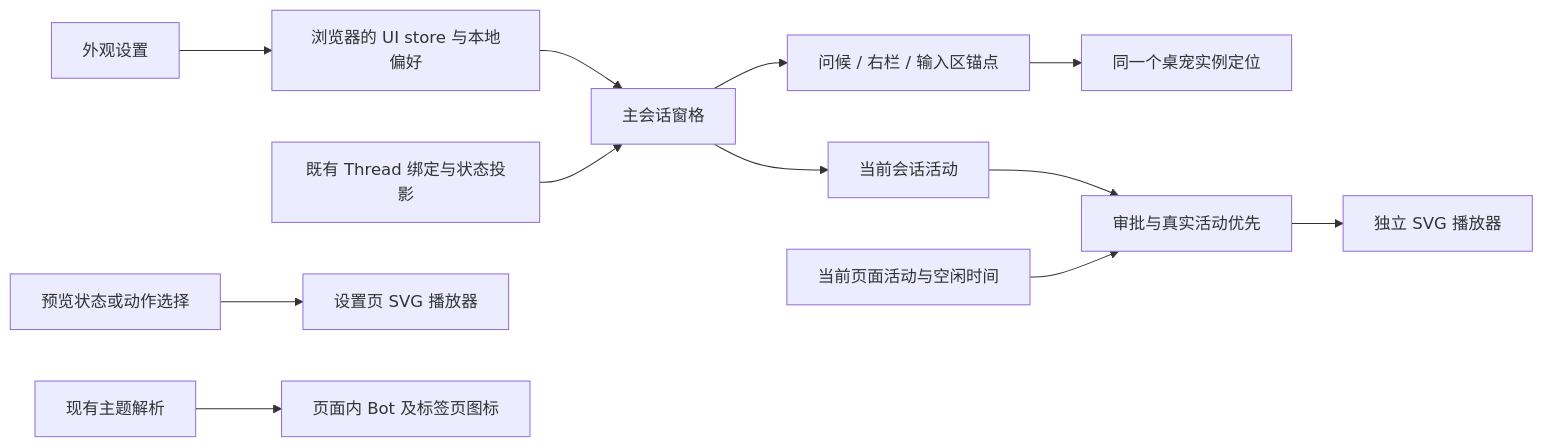
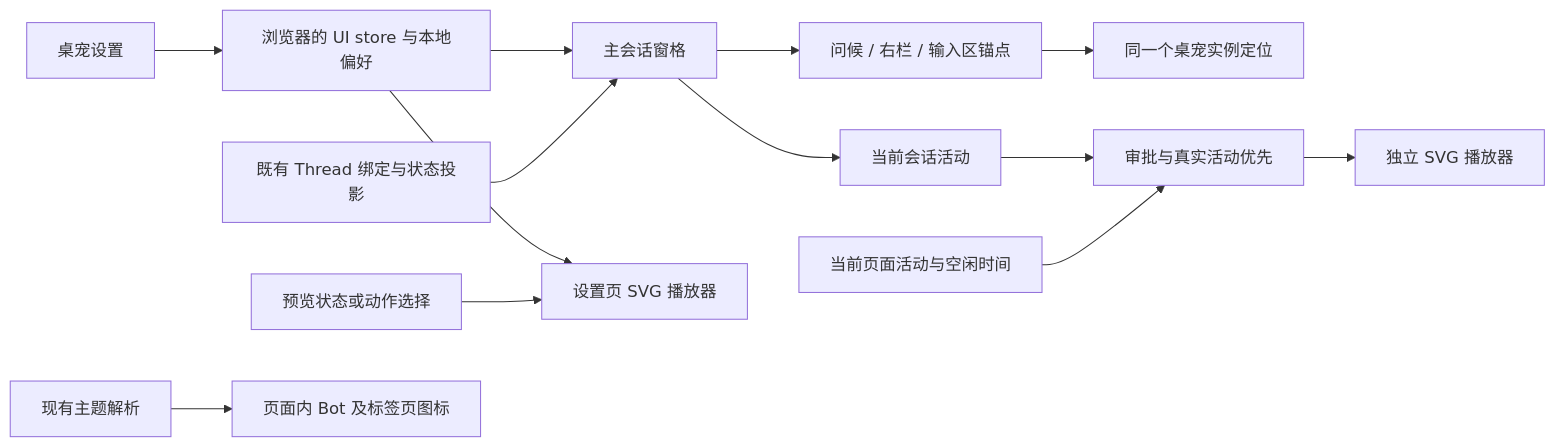
The diagram in specs/selfhost-codex/brand-and-conversation-pet.md (LiangLiang723/codex-web), drawn with Mermaid before and after one commit. The commit also changed other lines of this file and 34 other files, not shown here.

````diff
--- a/specs/selfhost-codex/brand-and-conversation-pet.md
+++ b/specs/selfhost-codex/brand-and-conversation-pet.md
@@ -22,14 +24,15 @@
 ```mermaid
 flowchart LR
-  Settings[外观设置] --> Preference[浏览器的 UI store 与本地偏好]
+  Settings[桌宠设置] --> Preference[浏览器的 UI store 与本地偏好]
   Preference --> Pane[主会话窗格]
+  Preference --> Preview[设置页 SVG 播放器]
   Runtime[既有 Thread 绑定与状态投影] --> Pane
   Pane --> Anchor[问候 / 右栏 / 输入区锚点]
   Anchor --> Pet[同一个桌宠实例定位]
   Pane --> Activity[当前会话活动]
   Activity --> Motion[审批与真实活动优先]
   Gesture[当前页面活动与空闲时间] --> Motion
   Motion --> Player[独立 SVG 播放器]
   Preset[预览状态或动作选择] --> Preview[设置页 SVG 播放器]
   Theme[现有主题解析] --> Mark[页面内 Bot 及标签页图标]
 ```
````
